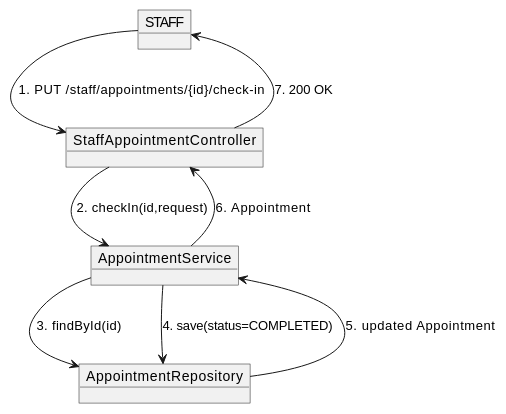
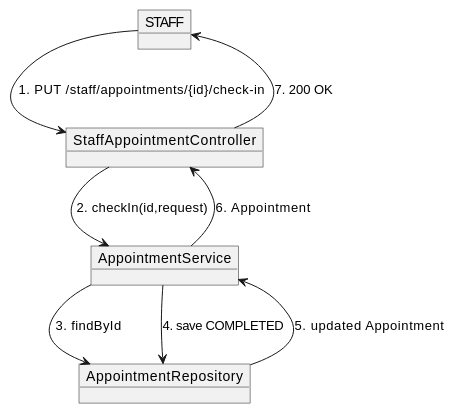
Before and after one commit to Trung-Khang/AutoTrade: the fifth of 6 diagrams in docs/UML/Collaboration_Diagrams.md, drawn with PlantUML. The commit also changed other lines of this file and 9 other files, not shown here.

Commit message:
docs(TV5): cập nhật tài liệu UML, CSDL, SRS và báo cáo tiến độ TV5 - Sáng 1/10/2026

````diff
--- a/docs/UML/Collaboration_Diagrams.md
+++ b/docs/UML/Collaboration_Diagrams.md
@@ -53,16 +108,16 @@
 ```plantuml
 @startuml
 object STAFF
 object StaffAppointmentController
 object AppointmentService
 object AppointmentRepository
 
 STAFF --> StaffAppointmentController : 1. PUT /staff/appointments/{id}/check-in
 StaffAppointmentController --> AppointmentService : 2. checkIn(id,request)
-AppointmentService --> AppointmentRepository : 3. findById(id)
-AppointmentService --> AppointmentRepository : 4. save(status=COMPLETED)
+AppointmentService --> AppointmentRepository : 3. findById
+AppointmentService --> AppointmentRepository : 4. save COMPLETED
 AppointmentRepository --> AppointmentService : 5. updated Appointment
 AppointmentService --> StaffAppointmentController : 6. Appointment
 StaffAppointmentController --> STAFF : 7. 200 OK
 @enduml
 ```
````
